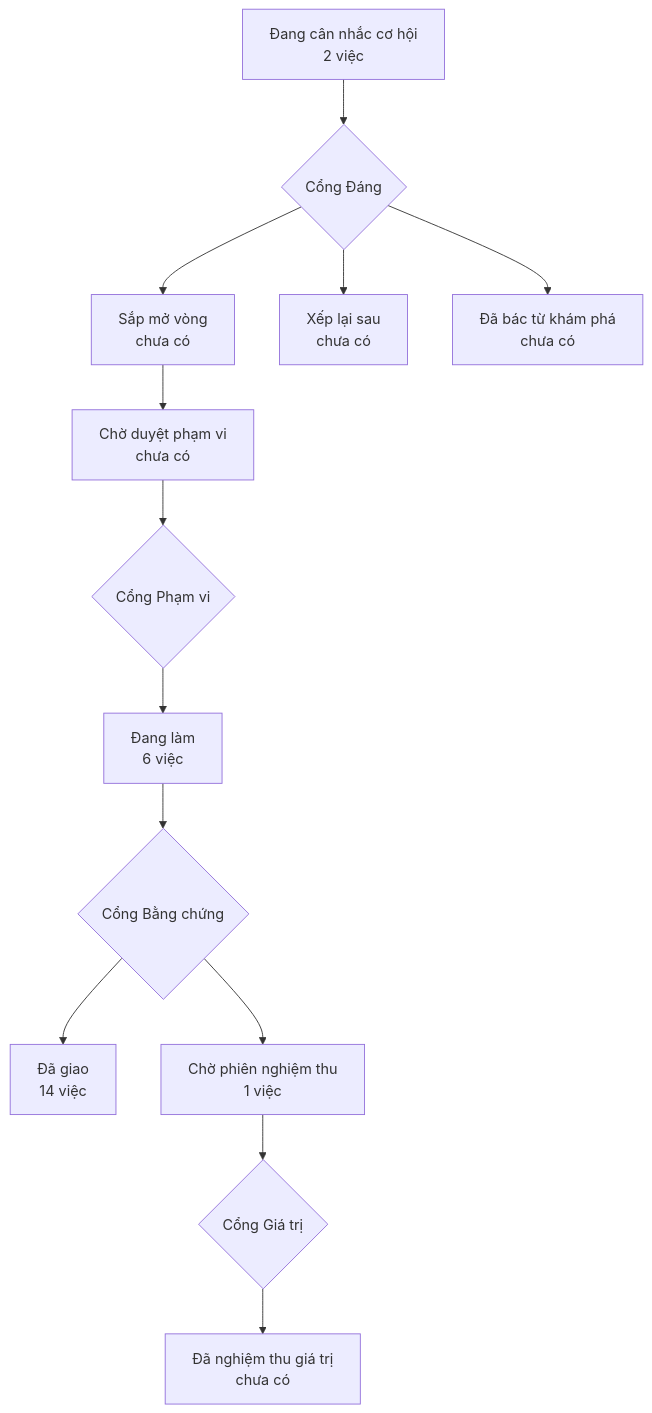
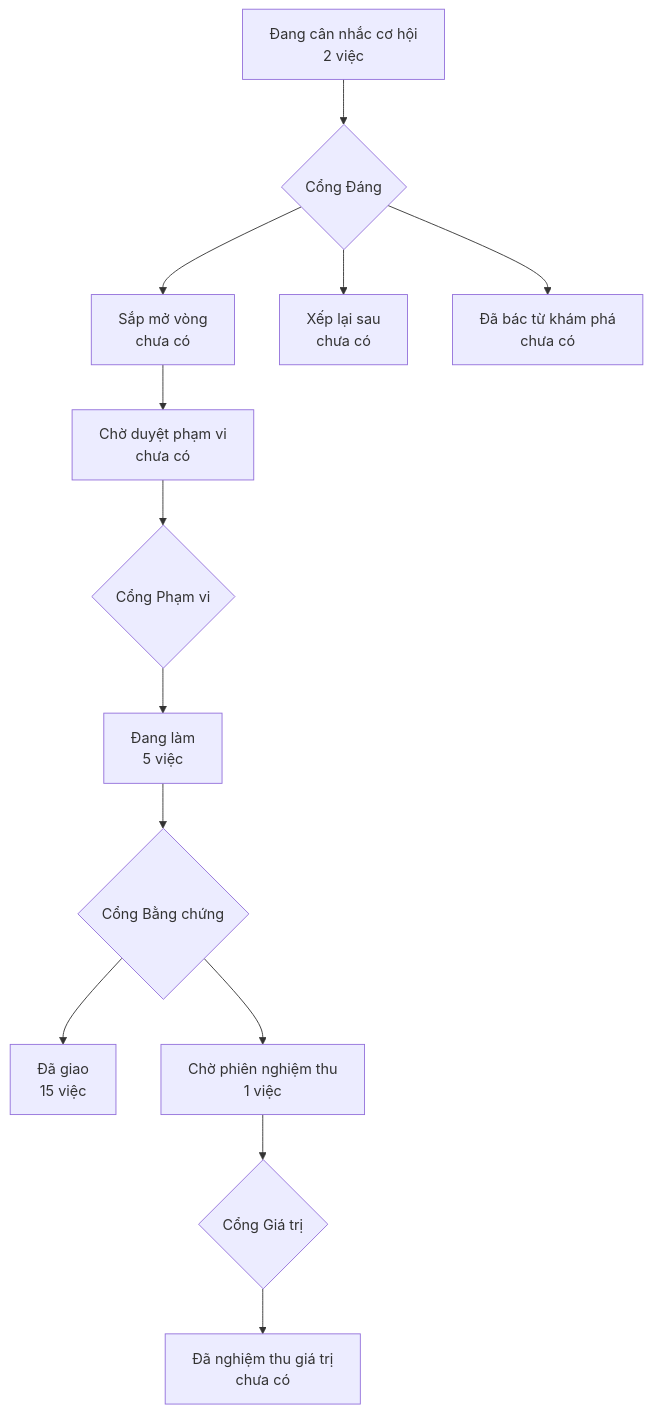
One commit to phanlemanh/crm-onehub changed the diagram in PRODUCT-MAP.md. Above: the diagram before and after it, drawn with Mermaid. The commit also changed 3 other files, not shown here.

````diff
--- a/PRODUCT-MAP.md
+++ b/PRODUCT-MAP.md
@@ -6,12 +6,12 @@
 ```mermaid
 flowchart TD
   A["Đang cân nhắc cơ hội<br/>2 việc"] --> GD{"Cổng Đáng"}
   GD --> B["Sắp mở vòng<br/>chưa có"]
   GD --> XL["Xếp lại sau<br/>chưa có"]
   GD --> DB["Đã bác từ khám phá<br/>chưa có"]
   B --> CD["Chờ duyệt phạm vi<br/>chưa có"] --> GP{"Cổng Phạm vi"}
-  GP --> DL["Đang làm<br/>6 việc"] --> GB{"Cổng Bằng chứng"}
-  GB --> DG["Đã giao<br/>14 việc"]
+  GP --> DL["Đang làm<br/>5 việc"] --> GB{"Cổng Bằng chứng"}
+  GB --> DG["Đã giao<br/>15 việc"]
   GB --> CN["Chờ phiên nghiệm thu<br/>1 việc"] --> GG{"Cổng Giá trị"}
   GG --> NT["Đã nghiệm thu giá trị<br/>chưa có"]
 ```
````
